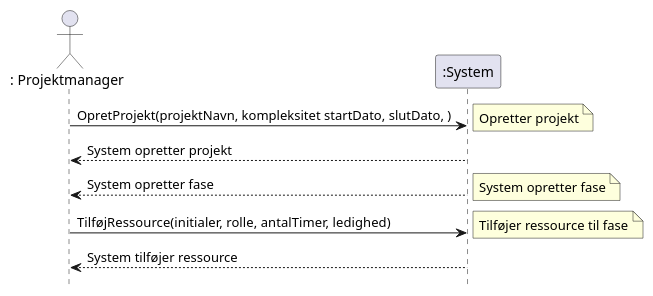
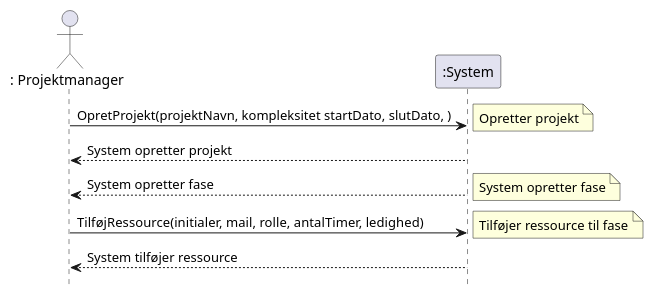
One commit to Rasmuus15/Eksamensprojekt-Novo changed the diagram in Models/Novo-SSD.plantuml. Above: the diagram before and after it, drawn with PlantUML.

Commit message:
SSD tilføjet Mail

```diff
--- a/Models/Novo-SSD.plantuml
+++ b/Models/Novo-SSD.plantuml
@@ -1,24 +1,24 @@
 @startuml
 hide empty method
 hide footbox /' Fjerner aktør og system i bunden'/
 
 
 'Aktører'
 Actor ": Projektmanager" as L
 participant ":System" as S
 
 
 'Commands'
 L -> S: OpretProjekt(projektNavn, kompleksitet startDato, slutDato, )
 note right: Opretter projekt
 S --> L: System opretter projekt
 
 
 S --> L: System opretter fase
 note right: System opretter fase
 
-L -> S: TilføjRessource(initialer, rolle, antalTimer, ledighed)
+L -> S: TilføjRessource(initialer, mail, rolle, antalTimer, ledighed)
 note right: Tilføjer ressource til fase
 S --> L: System tilføjer ressource
 
 @enduml
```
